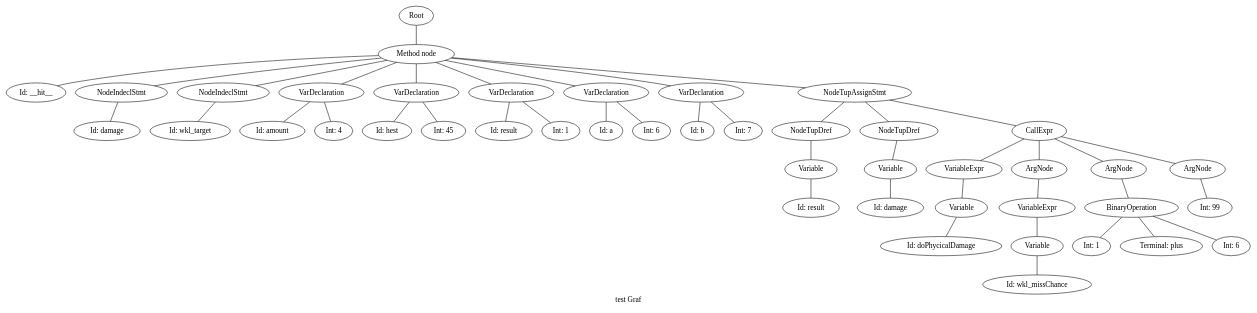
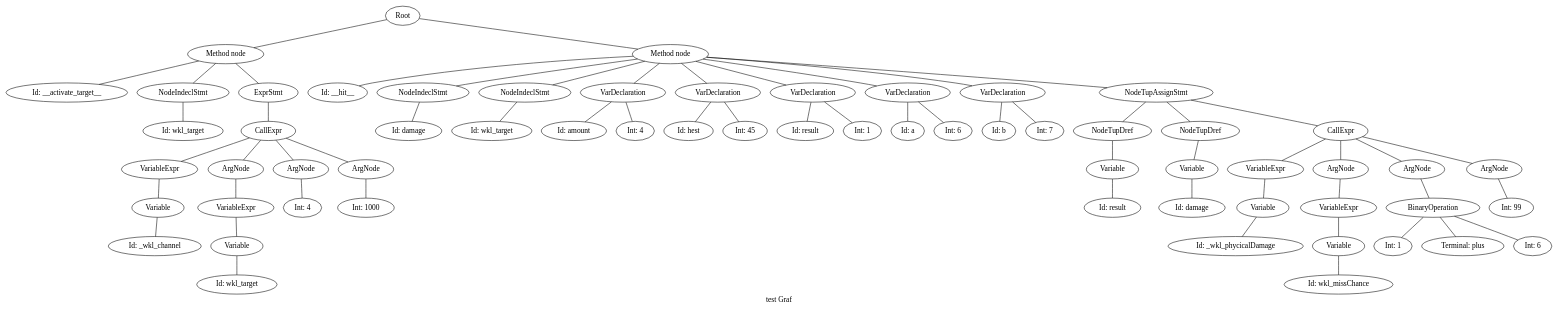
The diagram in Server/wkl/testPrograms/test_pow.wkl.dot (protective/Wreckage), drawn with Graphviz before and after one commit. The commit also changed 26 other files, not shown here.

```diff
--- a/Server/wkl/testPrograms/test_pow.wkl.dot
+++ b/Server/wkl/testPrograms/test_pow.wkl.dot
@@ -1,94 +1,128 @@
 graph ""
 {
 #   node [fontsize=10,width=".2", height=".2", margin=0];
 #   graph[fontsize=8];
 label="test Graf"
 n0 ;
 n0 [label="Root"] ;
 n0 -- n1 ;
 n1 [label="Method node"] ;
-n1 -- n2 ;
-n2 [label="Id: __hit__"] ;
-n1 -- n3 ;
-n3 [label="NodeIndeclStmt"] ;
-n1 -- n4 ;
+n0 -- n2 ;
+n2 [label="Method node"] ;
+n2 -- n3 ;
+n3 [label="Id: __hit__"] ;
+n2 -- n4 ;
 n4 [label="NodeIndeclStmt"] ;
-n1 -- n5 ;
-n5 [label="VarDeclaration"] ;
-n1 -- n6 ;
+n2 -- n5 ;
+n5 [label="NodeIndeclStmt"] ;
+n2 -- n6 ;
 n6 [label="VarDeclaration"] ;
-n1 -- n7 ;
+n2 -- n7 ;
 n7 [label="VarDeclaration"] ;
-n1 -- n8 ;
+n2 -- n8 ;
 n8 [label="VarDeclaration"] ;
-n1 -- n9 ;
+n2 -- n9 ;
 n9 [label="VarDeclaration"] ;
-n1 -- n10 ;
-n10 [label="NodeTupAssignStmt"] ;
-n10 -- n11 ;
-n11 [label="NodeTupDref"] ;
-n10 -- n12 ;
+n2 -- n10 ;
+n10 [label="VarDeclaration"] ;
+n2 -- n11 ;
+n11 [label="NodeTupAssignStmt"] ;
+n11 -- n12 ;
 n12 [label="NodeTupDref"] ;
-n12 -- n13 ;
-n13 [label="Variable"] ;
+n11 -- n13 ;
+n13 [label="NodeTupDref"] ;
 n13 -- n14 ;
-n14 [label="Id: damage"] ;
-n11 -- n15 ;
-n15 [label="Variable"] ;
-n15 -- n16 ;
-n16 [label="Id: result"] ;
-n10 -- n17 ;
-n17 [label="CallExpr"] ;
-n17 -- n18 ;
-n18 [label="VariableExpr"] ;
+n14 [label="Variable"] ;
+n14 -- n15 ;
+n15 [label="Id: damage"] ;
+n12 -- n16 ;
+n16 [label="Variable"] ;
+n16 -- n17 ;
+n17 [label="Id: result"] ;
+n11 -- n18 ;
+n18 [label="CallExpr"] ;
 n18 -- n19 ;
-n19 [label="Variable"] ;
+n19 [label="VariableExpr"] ;
 n19 -- n20 ;
-n20 [label="Id: doPhycicalDamage"] ;
-n17 -- n21 ;
-n21 [label="ArgNode"] ;
-n17 -- n22 ;
+n20 [label="Variable"] ;
+n20 -- n21 ;
+n21 [label="Id: _wkl_phycicalDamage"] ;
+n18 -- n22 ;
 n22 [label="ArgNode"] ;
-n17 -- n23 ;
+n18 -- n23 ;
 n23 [label="ArgNode"] ;
-n23 -- n24 ;
-n24 [label="Int: 99"] ;
-n22 -- n25 ;
-n25 [label="BinaryOperation"] ;
-n25 -- n26 ;
-n26 [label="Int: 1"] ;
-n25 -- n27 ;
-n27 [label="Terminal: plus"] ;
-n25 -- n28 ;
-n28 [label="Int: 6"] ;
-n21 -- n29 ;
-n29 [label="VariableExpr"] ;
-n29 -- n30 ;
-n30 [label="Variable"] ;
+n18 -- n24 ;
+n24 [label="ArgNode"] ;
+n24 -- n25 ;
+n25 [label="Int: 99"] ;
+n23 -- n26 ;
+n26 [label="BinaryOperation"] ;
+n26 -- n27 ;
+n27 [label="Int: 1"] ;
+n26 -- n28 ;
+n28 [label="Terminal: plus"] ;
+n26 -- n29 ;
+n29 [label="Int: 6"] ;
+n22 -- n30 ;
+n30 [label="VariableExpr"] ;
 n30 -- n31 ;
-n31 [label="Id: wkl_missChance"] ;
-n9 -- n32 ;
-n32 [label="Id: b"] ;
-n9 -- n33 ;
-n33 [label="Int: 7"] ;
-n8 -- n34 ;
-n34 [label="Id: a"] ;
-n8 -- n35 ;
-n35 [label="Int: 6"] ;
-n7 -- n36 ;
-n36 [label="Id: result"] ;
-n7 -- n37 ;
-n37 [label="Int: 1"] ;
-n6 -- n38 ;
-n38 [label="Id: hest"] ;
-n6 -- n39 ;
-n39 [label="Int: 45"] ;
-n5 -- n40 ;
-n40 [label="Id: amount"] ;
-n5 -- n41 ;
-n41 [label="Int: 4"] ;
-n4 -- n42 ;
-n42 [label="Id: wkl_target"] ;
-n3 -- n43 ;
-n43 [label="Id: damage"] ;
+n31 [label="Variable"] ;
+n31 -- n32 ;
+n32 [label="Id: wkl_missChance"] ;
+n10 -- n33 ;
+n33 [label="Id: b"] ;
+n10 -- n34 ;
+n34 [label="Int: 7"] ;
+n9 -- n35 ;
+n35 [label="Id: a"] ;
+n9 -- n36 ;
+n36 [label="Int: 6"] ;
+n8 -- n37 ;
+n37 [label="Id: result"] ;
+n8 -- n38 ;
+n38 [label="Int: 1"] ;
+n7 -- n39 ;
+n39 [label="Id: hest"] ;
+n7 -- n40 ;
+n40 [label="Int: 45"] ;
+n6 -- n41 ;
+n41 [label="Id: amount"] ;
+n6 -- n42 ;
+n42 [label="Int: 4"] ;
+n5 -- n43 ;
+n43 [label="Id: wkl_target"] ;
+n4 -- n44 ;
+n44 [label="Id: damage"] ;
+n1 -- n45 ;
+n45 [label="Id: __activate_target__"] ;
+n1 -- n46 ;
+n46 [label="NodeIndeclStmt"] ;
+n1 -- n47 ;
+n47 [label="ExprStmt"] ;
+n47 -- n48 ;
+n48 [label="CallExpr"] ;
+n48 -- n49 ;
+n49 [label="VariableExpr"] ;
+n49 -- n50 ;
+n50 [label="Variable"] ;
+n50 -- n51 ;
+n51 [label="Id: _wkl_channel"] ;
+n48 -- n52 ;
+n52 [label="ArgNode"] ;
+n48 -- n53 ;
+n53 [label="ArgNode"] ;
+n48 -- n54 ;
+n54 [label="ArgNode"] ;
+n54 -- n55 ;
+n55 [label="Int: 1000"] ;
+n53 -- n56 ;
+n56 [label="Int: 4"] ;
+n52 -- n57 ;
+n57 [label="VariableExpr"] ;
+n57 -- n58 ;
+n58 [label="Variable"] ;
+n58 -- n59 ;
+n59 [label="Id: wkl_target"] ;
+n46 -- n60 ;
+n60 [label="Id: wkl_target"] ;
 }
```
